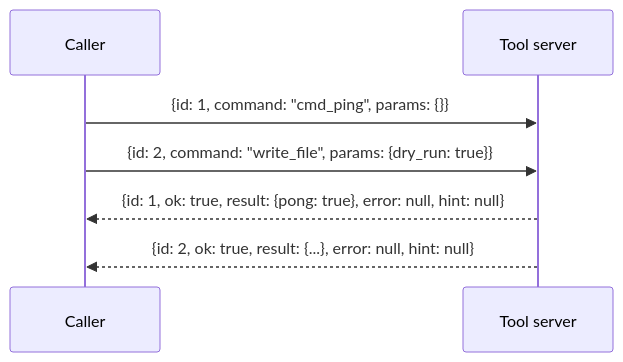
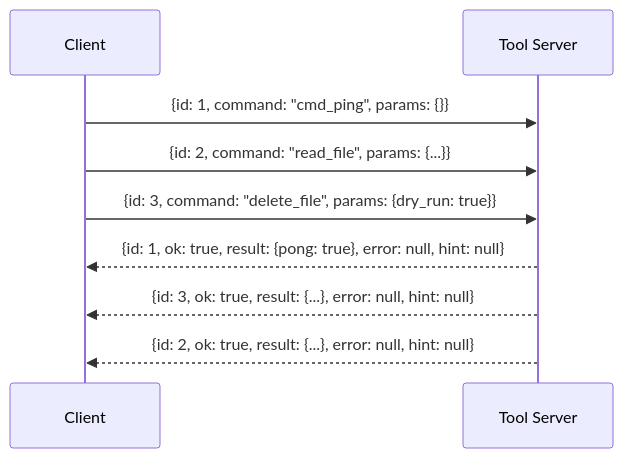
Before and after one commit to hybridindie/wiki-fabric: the diagram in wiki/topics/json-envelope-protocol.md, drawn with Mermaid. The commit also changed other lines of this file and 43 other files, not shown here.

````diff
--- a/wiki/topics/json-envelope-protocol.md
+++ b/wiki/topics/json-envelope-protocol.md
@@ -36,9 +20,11 @@
 ```mermaid
 sequenceDiagram
-    participant C as Caller
-    participant S as Tool server
+    participant C as Client
+    participant S as Tool Server
     C->>S: {id: 1, command: "cmd_ping", params: {}}
-    C->>S: {id: 2, command: "write_file", params: {dry_run: true}}
+    C->>S: {id: 2, command: "read_file", params: {...}}
+    C->>S: {id: 3, command: "delete_file", params: {dry_run: true}}
     S-->>C: {id: 1, ok: true, result: {pong: true}, error: null, hint: null}
+    S-->>C: {id: 3, ok: true, result: {...}, error: null, hint: null}
     S-->>C: {id: 2, ok: true, result: {...}, error: null, hint: null}
 ```
````
